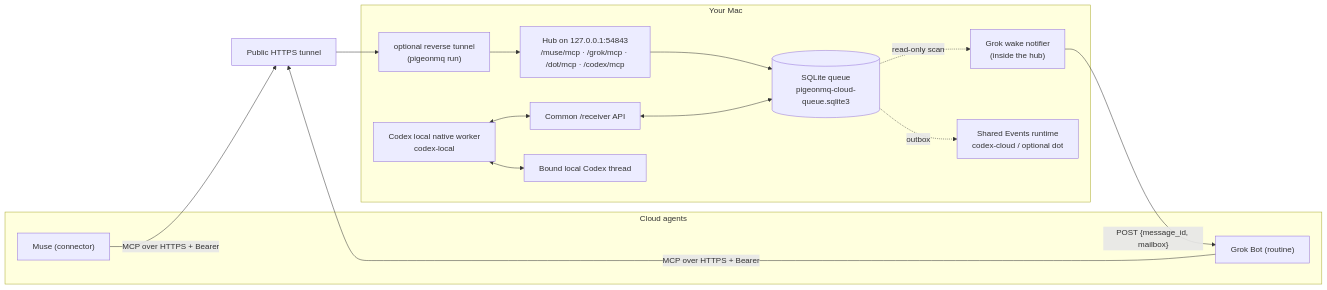
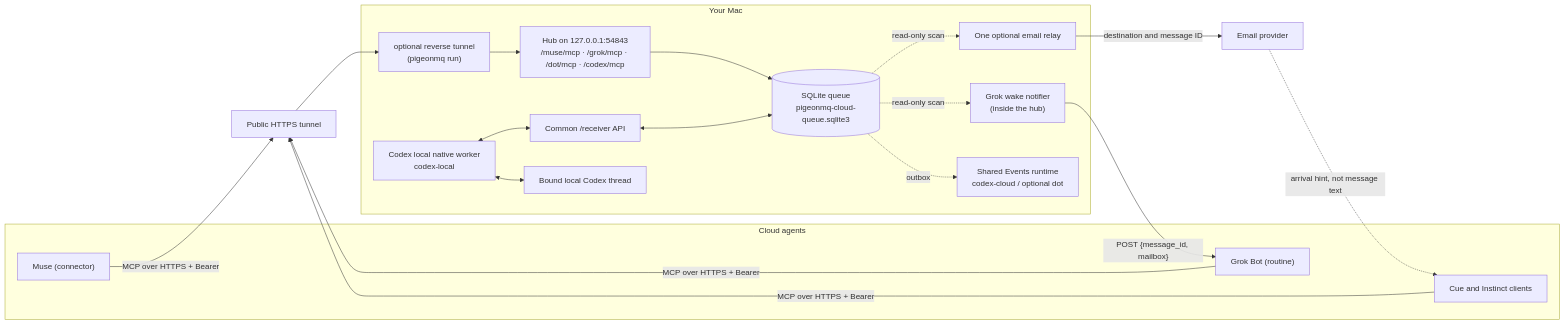
The first of 5 diagrams in docs/architecture.md (lazy9sascha/999k), drawn with Mermaid before and after one commit. The commit also changed other lines of this file, not shown here.

Commit message:
Explain the authenticated mailbox and optional email notification paths

````diff
--- a/docs/architecture.md
+++ b/docs/architecture.md
@@ -18,27 +18,34 @@
 ```mermaid
 flowchart LR
     subgraph Cloud["Cloud agents"]
         Muse["Muse (connector)"]
         Grok["Grok Bot (routine)"]
+        Mail["Cue and Instinct clients"]
     end
     TG["Public HTTPS tunnel"]
+    Email["Email provider"]
     subgraph Mac["Your Mac"]
         SSH["optional reverse tunnel<br/>(pigeonmq run)"]
         Hub["Hub on 127.0.0.1:54843<br/>/muse/mcp · /grok/mcp · /dot/mcp · /codex/mcp"]
         Q[("SQLite queue<br/>pigeonmq-cloud-queue.sqlite3")]
         Wake["Grok wake notifier<br/>(inside the hub)"]
+        Relay["One optional email relay"]
         Receiver["Common /receiver API"]
         Worker["Codex local native worker<br/>codex-local"]
         Native["Bound local Codex thread"]
         Events["Shared Events runtime<br/>codex-cloud / optional dot"]
     end
     Muse -- "MCP over HTTPS + Bearer" --> TG
     Grok -- "MCP over HTTPS + Bearer" --> TG
+    Mail -- "MCP over HTTPS + Bearer" --> TG
     TG --> SSH --> Hub --> Q
+    Q -. "read-only scan" .-> Relay
+    Relay -- "destination and message ID" --> Email
+    Email -. "arrival hint, not message text" .-> Mail
     Q -. "read-only scan" .-> Wake
     Wake -- "POST {message_id, mailbox}" --> Grok
     Worker <--> Receiver
     Receiver <--> Q
     Worker <--> Native
     Q -. "outbox" .-> Events
 ```
````
